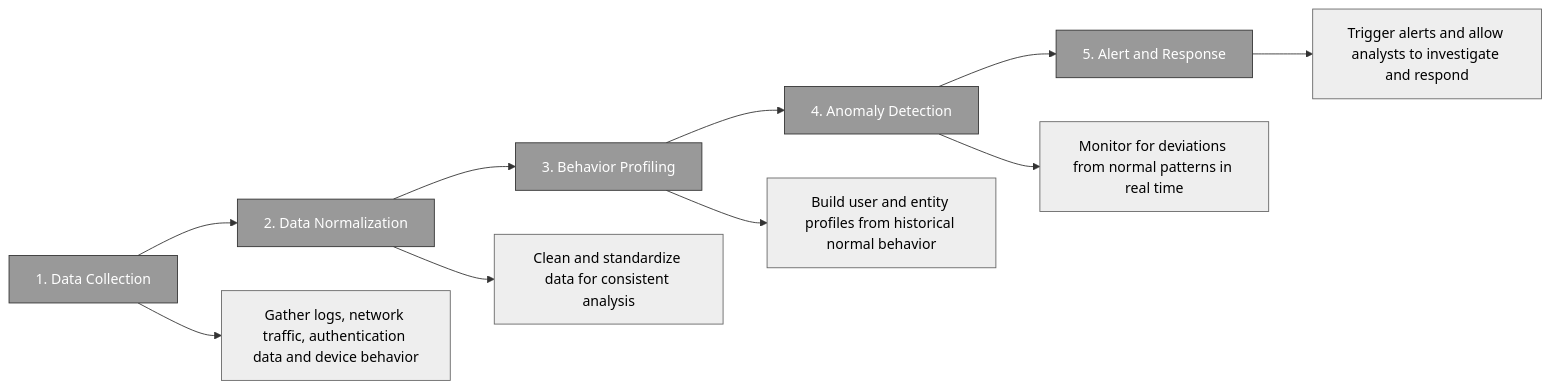
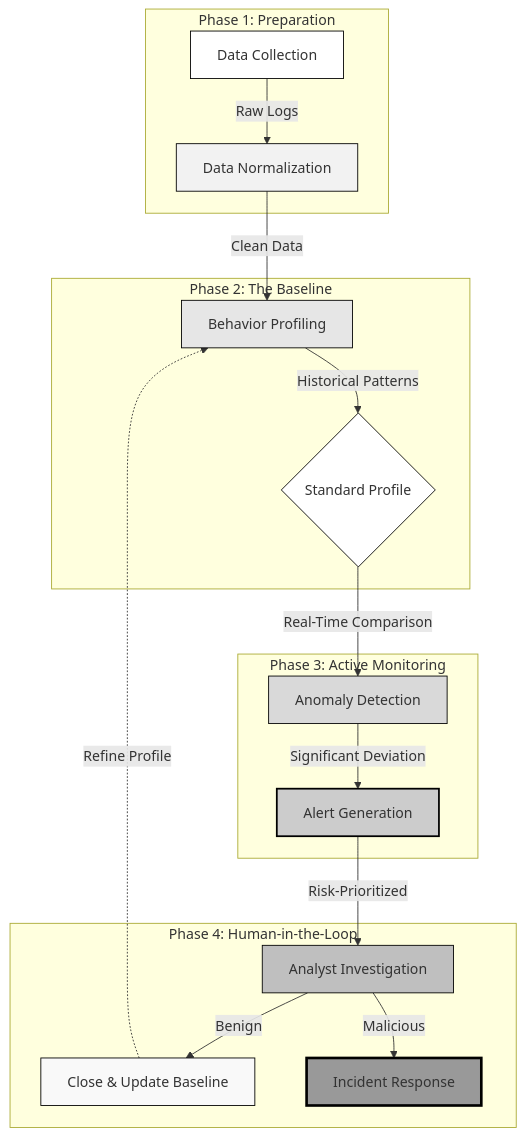
Before and after one commit to lorenzoleonelli/CISSP-Zero-to-Hero: the fourth of 4 diagrams in DOMAIN7 - Security Operations/7.2 Conduct logging and monitoring activities.md, drawn with Mermaid. The commit also changed other lines of this file, not shown here.

Commit message:
LL 2026-5-7:21:11:58

````diff
--- a/DOMAIN7 - Security Operations/7.2 Conduct logging and monitoring activities.md
+++ b/DOMAIN7 - Security Operations/7.2 Conduct logging and monitoring activities.md
@@ -757,21 +755,37 @@
 ```mermaid
-flowchart LR
-    A["1. Data Collection"] --> B["2. Data Normalization"]
-    B --> C["3. Behavior Profiling"]
-    C --> D["4. Anomaly Detection"]
-    D --> E["5. Alert and Response"]
+graph TD
+    subgraph "Phase 1: Preparation"
+        A[Data Collection] -->|Raw Logs| B[Data Normalization]
+    end
 
-    A:::step --> A1["Gather logs, network traffic, authentication data and device behavior"]
-    B:::step --> B1["Clean and standardize data for consistent analysis"]
-    C:::step --> C1["Build user and entity profiles from historical normal behavior"]
-    D:::step --> D1["Monitor for deviations from normal patterns in real time"]
-    E:::step --> E1["Trigger alerts and allow analysts to investigate and respond"]
+    subgraph "Phase 2: The Baseline"
+        B -->|Clean Data| C[Behavior Profiling]
+        C -->|Historical Patterns| D{Standard Profile}
+    end
 
-    classDef step fill:#999,stroke:#333,stroke-width:1px,color:#fff
-    style A1 fill:#eee,stroke:#666,color:#000
-    style B1 fill:#eee,stroke:#666,color:#000
-    style C1 fill:#eee,stroke:#666,color:#000
-    style D1 fill:#eee,stroke:#666,color:#000
-    style E1 fill:#eee,stroke:#666,color:#000
+    subgraph "Phase 3: Active Monitoring"
+        D -->|Real-Time Comparison| E[Anomaly Detection]
+        E -->|Significant Deviation| F[Alert Generation]
+    end
+
+    subgraph "Phase 4: Human-in-the-Loop"
+        F -->|Risk-Prioritized| G[Analyst Investigation]
+        G -->|Benign| H[Close & Update Baseline]
+        G -->|Malicious| I[Incident Response]
+    end
+
+    %% Feedback Loop
+    H -.->|Refine Profile| C
+
+    %% Greyscale Styling
+    style A fill:#ffffff,stroke:#000000
+    style B fill:#f2f2f2,stroke:#000000
+    style C fill:#e6e6e6,stroke:#000000
+    style D fill:#ffffff,stroke:#000000
+    style E fill:#d9d9d9,stroke:#000000
+    style F fill:#cccccc,stroke:#000000,stroke-width:2px
+    style G fill:#bfbfbf,stroke:#000000
+    style H fill:#f9f9f9,stroke:#000000
+    style I fill:#999999,stroke:#000000,stroke-width:3px
 
 ```
````
